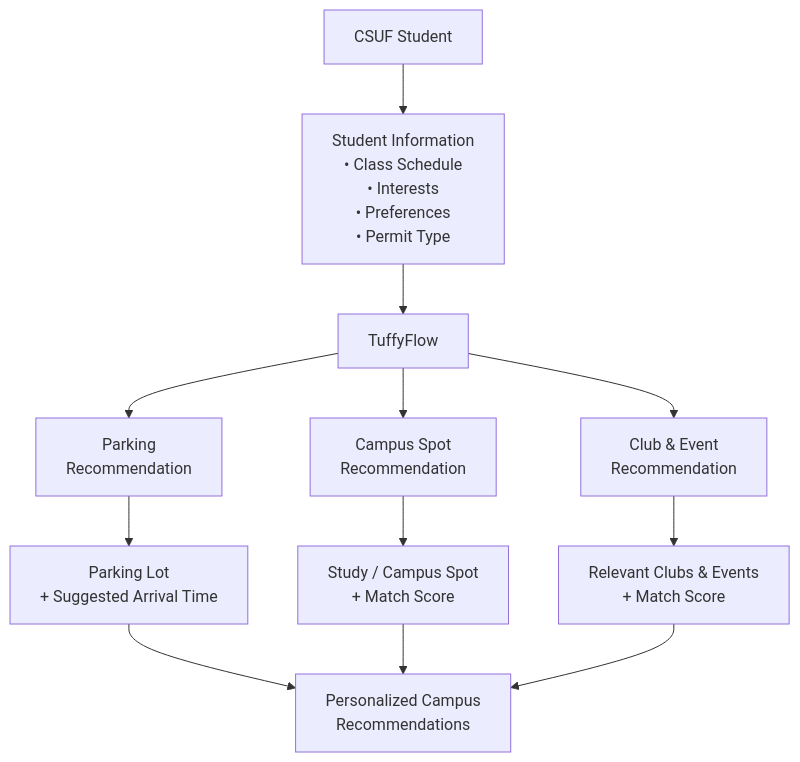
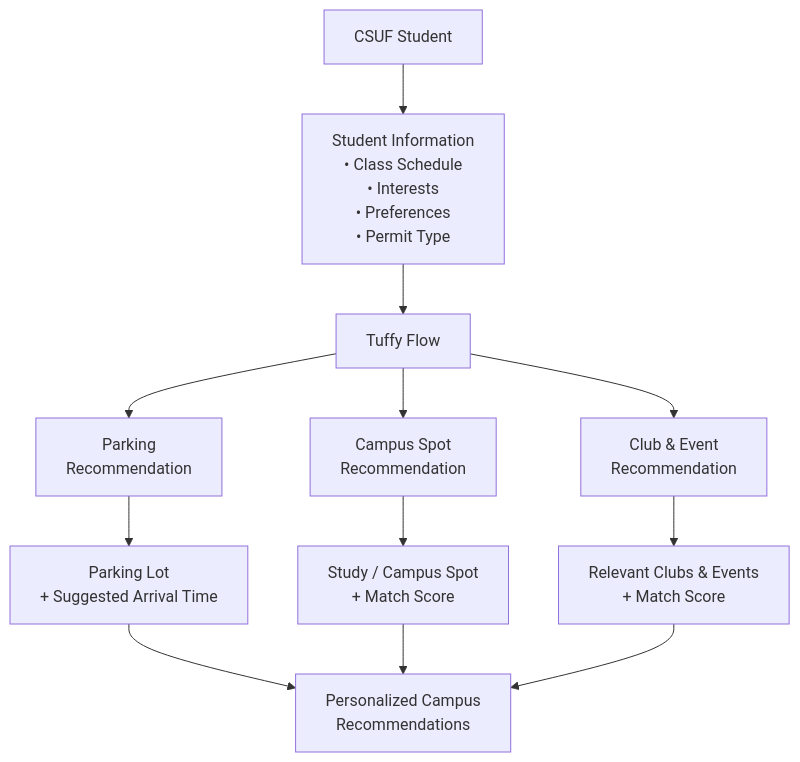
Before and after one commit to SufiyanRauf/CPSC362_TuffyFlow: the diagram in docs/architecture.mmd, drawn with Mermaid. The commit also changed 5 other files, not shown here.

Commit message:
Spell the app name as Tuffy Flow

```diff
--- a/docs/architecture.mmd
+++ b/docs/architecture.mmd
@@ -1,32 +1,32 @@
 flowchart TD
 
     A["CSUF Student"]
 
     B["Student Information<br/>• Class Schedule<br/>• Interests<br/>• Preferences<br/>• Permit Type"]
 
-    C["TuffyFlow"]
+    C["Tuffy Flow"]
 
     D["Parking<br/>Recommendation"]
     E["Campus Spot<br/>Recommendation"]
     F["Club & Event<br/>Recommendation"]
 
     G[" Parking Lot<br/>+ Suggested Arrival Time"]
     H[" Study / Campus Spot<br/>+ Match Score"]
     I["Relevant Clubs & Events<br/>+ Match Score"]
 
     J["Personalized Campus<br/>Recommendations"]
 
     A --> B
     B --> C
 
     C --> D
     C --> E
     C --> F
 
     D --> G
     E --> H
     F --> I
 
     G --> J
     H --> J
     I --> J
```
